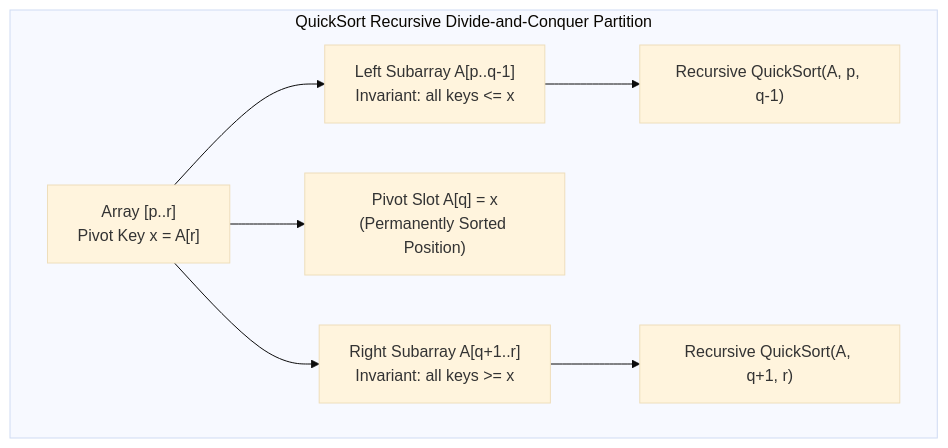
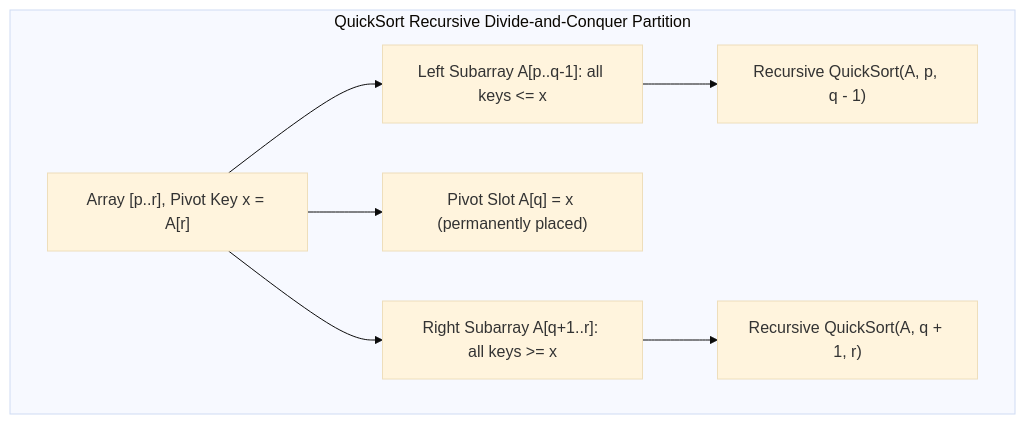
The second of 2 diagrams in content/Main Notes/3rd Year/Term 1/CSALGCM/Module 2 - Divide and Conquer/Problem Sets/[PS] Empress Arcana Problems/05 - QUIIIIICKSOOOOORT!!!!!!!!!!!.md (2ru17/Project-Engram), drawn with Mermaid (base theme) before and after one commit. The commit also changed other lines of this file and 84 other files, not shown here.

````diff
--- a/content/Main Notes/3rd Year/Term 1/CSALGCM/Module 2 - Divide and Conquer/Problem Sets/[PS] Empress Arcana Problems/05 - QUIIIIICKSOOOOORT!!!!!!!!!!!.md
+++ b/content/Main Notes/3rd Year/Term 1/CSALGCM/Module 2 - Divide and Conquer/Problem Sets/[PS] Empress Arcana Problems/05 - QUIIIIICKSOOOOORT!!!!!!!!!!!.md
@@ -81,10 +101,10 @@
 ```mermaid
-graph TD
+flowchart TD
     subgraph QSTree["QuickSort Recursive Divide-and-Conquer Partition"]
-        Root["Array [p..r]<br/>Pivot Key x = A[r]"] --> Left["Left Subarray A[p..q-1]<br/>Invariant: all keys <= x"]
-        Root --> Pivot["Pivot Slot A[q] = x<br/>(Permanently Sorted Position)"]
-        Root --> Right["Right Subarray A[q+1..r]<br/>Invariant: all keys >= x"]
-        Left --> L_rec["Recursive QuickSort(A, p, q-1)"]
-        Right --> R_rec["Recursive QuickSort(A, q+1, r)"]
+        Root["Array [p..r], Pivot Key x = A[r]"] --> Left["Left Subarray A[p..q-1]: all keys <= x"]
+        Root --> Pivot["Pivot Slot A[q] = x (permanently placed)"]
+        Root --> Right["Right Subarray A[q+1..r]: all keys >= x"]
+        Left --> L_rec["Recursive QuickSort(A, p, q - 1)"]
+        Right --> R_rec["Recursive QuickSort(A, q + 1, r)"]
     end
 ```
````
